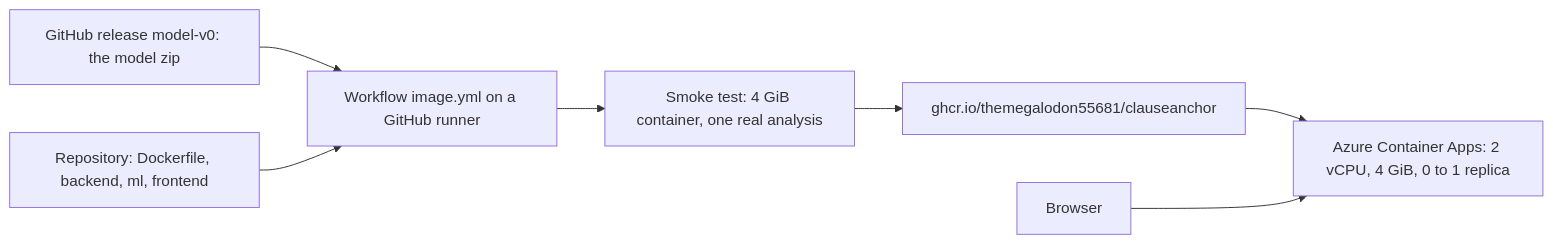
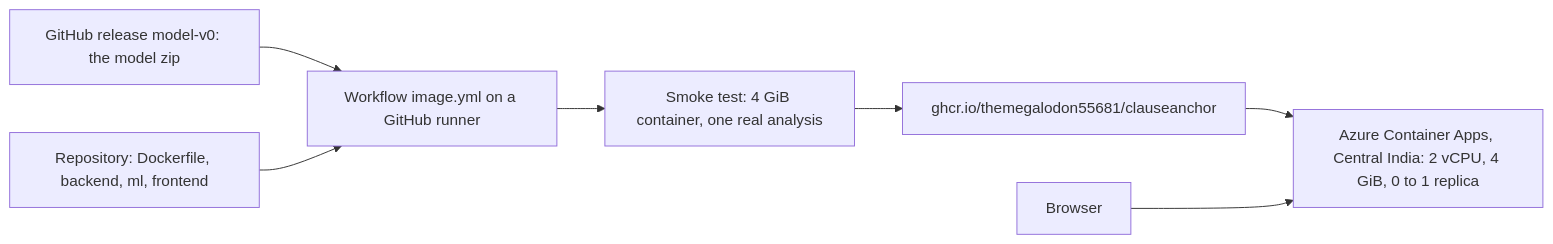
One commit to TheMEGALODON55681/clauseanchor changed the second of 2 diagrams in docs/app/Architecture.md. Above: the diagram before and after it, drawn with Mermaid. The commit also changed other lines of this file and 5 other files, not shown here.

````diff
--- a/docs/app/Architecture.md
+++ b/docs/app/Architecture.md
@@ -342,9 +342,9 @@
 ```mermaid
 flowchart LR
     R[GitHub release model-v0: the model zip] --> W[Workflow image.yml on a GitHub runner]
     C[Repository: Dockerfile, backend, ml, frontend] --> W
     W --> T[Smoke test: 4 GiB container, one real analysis]
     T --> G[ghcr.io/themegalodon55681/clauseanchor]
-    G --> A[Azure Container Apps: 2 vCPU, 4 GiB, 0 to 1 replica]
+    G --> A[Azure Container Apps, Central India: 2 vCPU, 4 GiB, 0 to 1 replica]
     B[Browser] --> A
 ```
````
